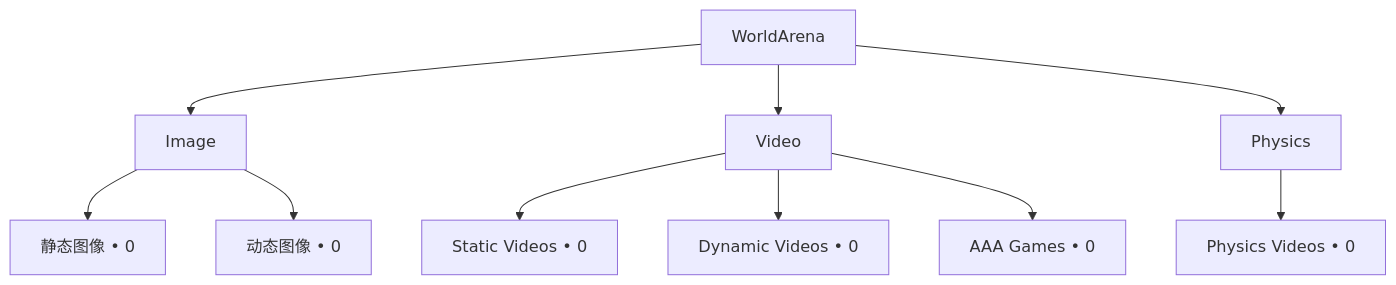
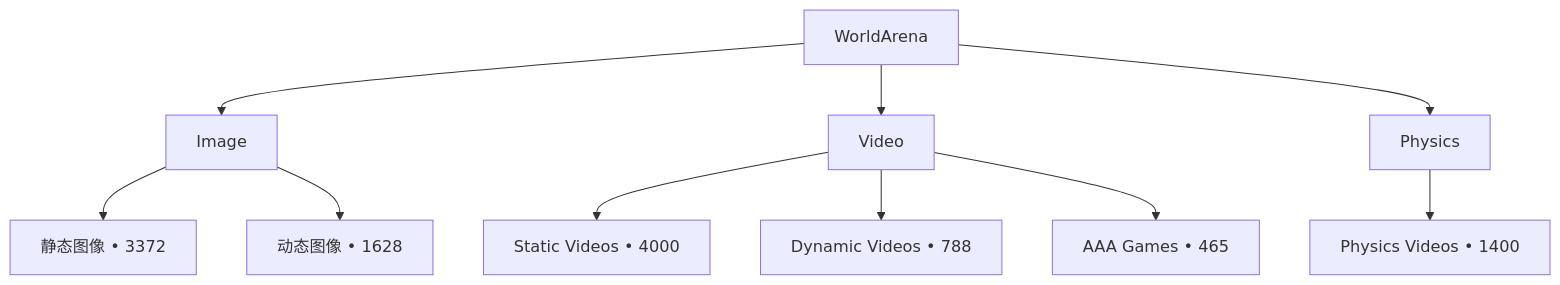
The diagram in docs/zh/overview.md (OpenEnvision/WorldAtlas), drawn with Mermaid before and after one commit. The commit also changed other lines of this file and 52 other files, not shown here.

````diff
--- a/docs/zh/overview.md
+++ b/docs/zh/overview.md
@@ -31,13 +31,13 @@
 ```mermaid
 graph TD
   root[WorldArena]
   root --> images[Image]
   root --> videos[Video]
   root --> physics[Physics]
-  images --> static_images[静态图像 • 0]
-  images --> dynamic_images[动态图像 • 0]
-  videos --> static_videos[Static Videos • 0]
-  videos --> dynamic_videos[Dynamic Videos • 0]
-  videos --> aaa_games[AAA Games • 0]
-  physics --> physics_videos[Physics Videos • 0]
+  images --> static_images[静态图像 • 3372]
+  images --> dynamic_images[动态图像 • 1628]
+  videos --> static_videos[Static Videos • 4000]
+  videos --> dynamic_videos[Dynamic Videos • 788]
+  videos --> aaa_games[AAA Games • 465]
+  physics --> physics_videos[Physics Videos • 1400]
 ```
````
